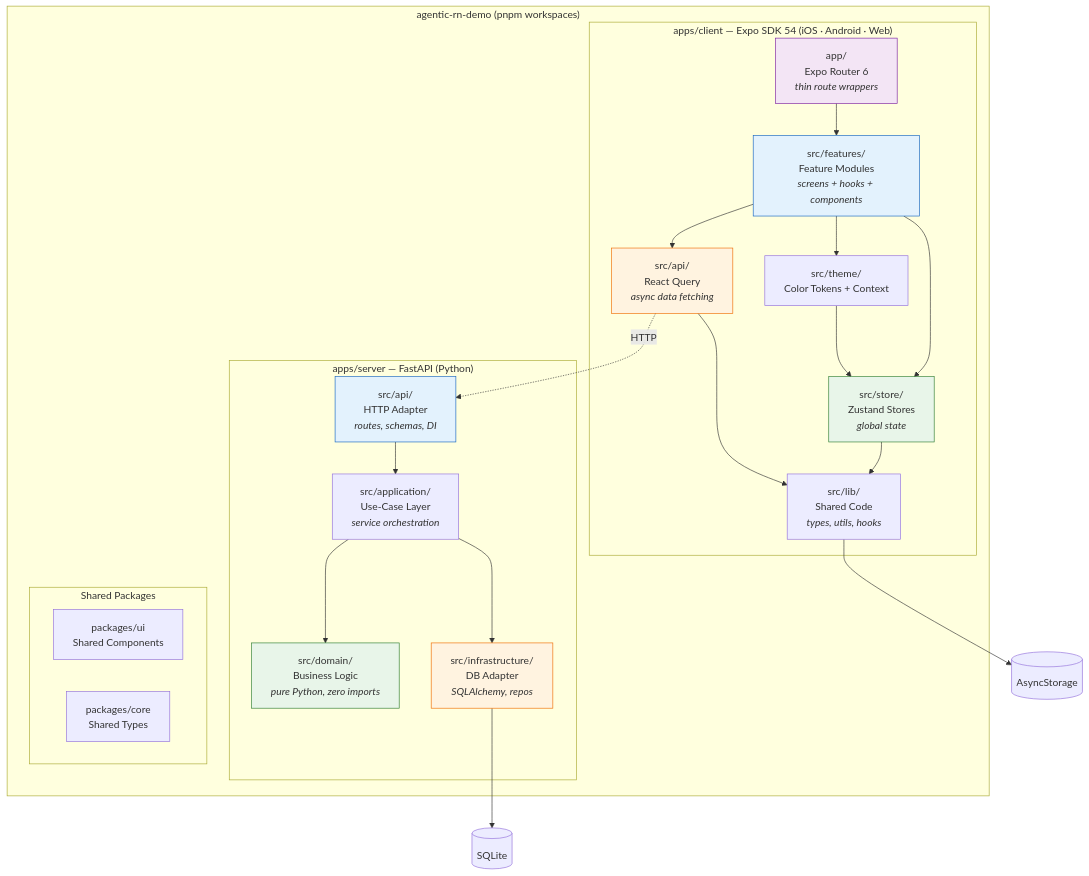
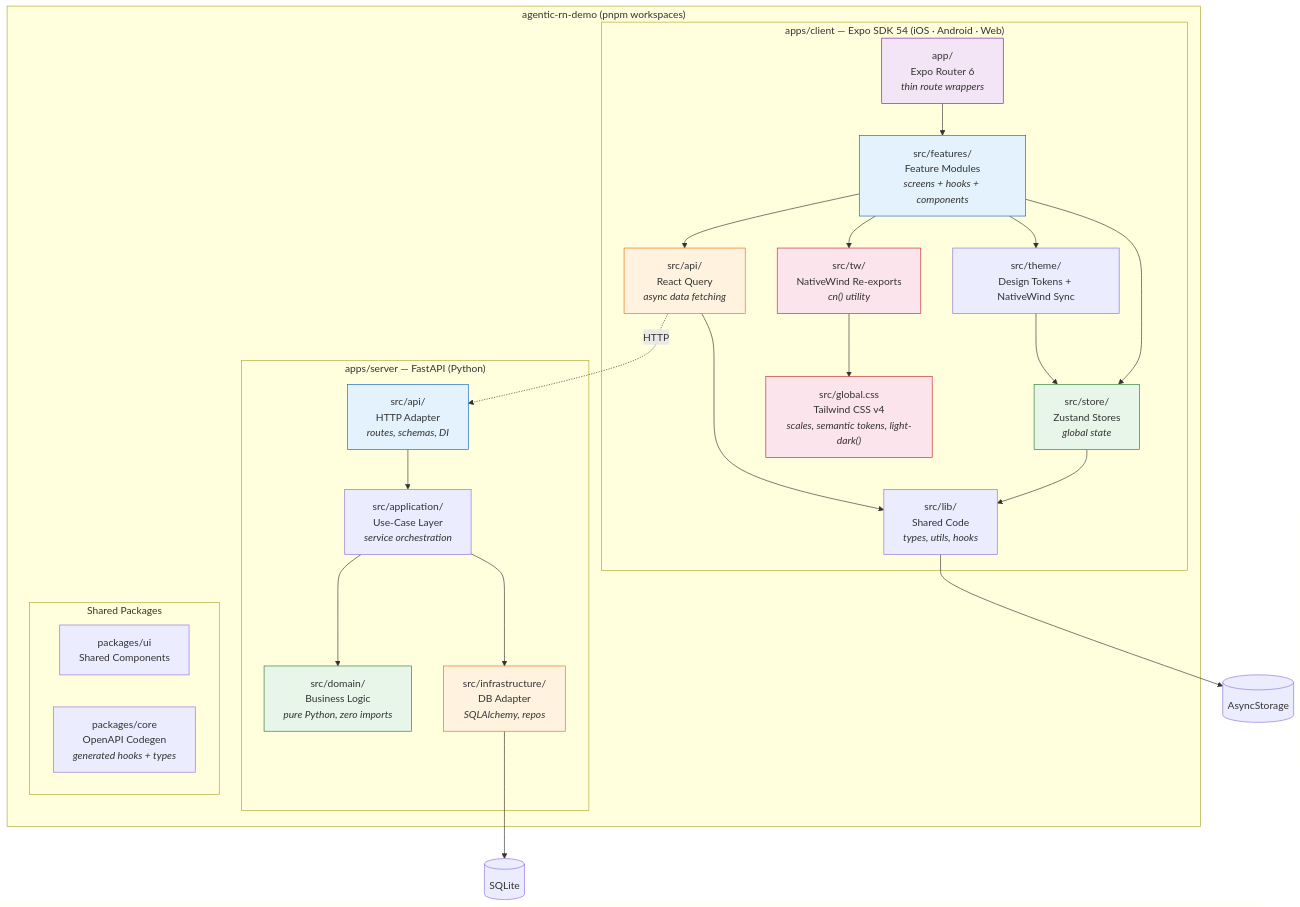
The first of 5 diagrams in docs/ARCHITECTURE.md (RDOToole89/agentic-rn-demo), drawn with Mermaid before and after one commit. The commit also changed other lines of this file, not shown here.

First line of the commit message:
docs(mono): update architecture.md with nativewind and codegen changes

````diff
--- a/docs/ARCHITECTURE.md
+++ b/docs/ARCHITECTURE.md
@@ -16,47 +18,53 @@
 ```mermaid
 graph TB
     subgraph Monorepo["agentic-rn-demo (pnpm workspaces)"]
         subgraph Client["apps/client — Expo SDK 54 (iOS · Android · Web)"]
             Router["app/<br/>Expo Router 6<br/><i>thin route wrappers</i>"]
             Features["src/features/<br/>Feature Modules<br/><i>screens + hooks + components</i>"]
             Store["src/store/<br/>Zustand Stores<br/><i>global state</i>"]
             ClientAPI["src/api/<br/>React Query<br/><i>async data fetching</i>"]
             Lib["src/lib/<br/>Shared Code<br/><i>types, utils, hooks</i>"]
-            Theme["src/theme/<br/>Color Tokens + Context"]
+            Theme["src/theme/<br/>Design Tokens + NativeWind Sync"]
+            TW["src/tw/<br/>NativeWind Re-exports<br/><i>cn() utility</i>"]
+            CSS["src/global.css<br/>Tailwind CSS v4<br/><i>scales, semantic tokens, light-dark()</i>"]
         end
         subgraph Server["apps/server — FastAPI (Python)"]
             ServerAPI["src/api/<br/>HTTP Adapter<br/><i>routes, schemas, DI</i>"]
             AppLayer["src/application/<br/>Use-Case Layer<br/><i>service orchestration</i>"]
             ServerDomain["src/domain/<br/>Business Logic<br/><i>pure Python, zero imports</i>"]
             Infra["src/infrastructure/<br/>DB Adapter<br/><i>SQLAlchemy, repos</i>"]
         end
         subgraph Packages["Shared Packages"]
             UI["packages/ui<br/>Shared Components"]
-            Core["packages/core<br/>Shared Types"]
+            Core["packages/core<br/>OpenAPI Codegen<br/><i>generated hooks + types</i>"]
         end
     end
 
     Router --> Features
     Features --> Store
     Features --> ClientAPI
+    Features --> TW
     Features --> Theme
     Store --> Lib
     ClientAPI --> Lib
     Theme --> Store
+    TW --> CSS
     Lib --> AsyncStorage[(AsyncStorage)]
 
     ServerAPI --> AppLayer
     AppLayer --> ServerDomain
     AppLayer --> Infra
     Infra --> SQLite[(SQLite)]
 
     ClientAPI -.->|HTTP| ServerAPI
 
     style Store fill:#e8f5e9,stroke:#2e7d32
     style ServerDomain fill:#e8f5e9,stroke:#2e7d32
     style ClientAPI fill:#fff3e0,stroke:#ef6c00
     style Infra fill:#fff3e0,stroke:#ef6c00
     style Features fill:#e3f2fd,stroke:#1565c0
     style ServerAPI fill:#e3f2fd,stroke:#1565c0
     style Router fill:#f3e5f5,stroke:#7b1fa2
+    style CSS fill:#fce4ec,stroke:#c62828
+    style TW fill:#fce4ec,stroke:#c62828
 ```
````
